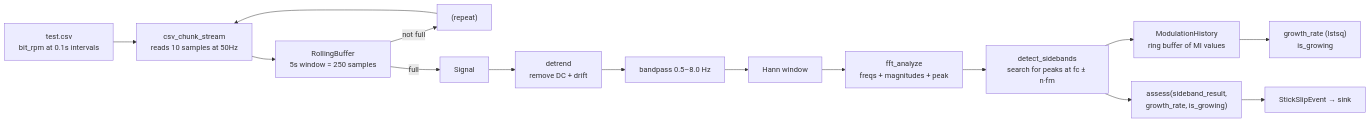
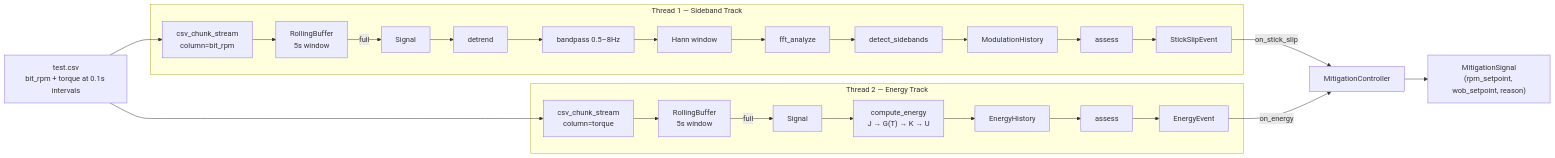
One commit to Adjanour/stick-slip changed the diagram in WALKTHROUGH.md. Above: the diagram before and after it, drawn with Mermaid. The commit also changed other lines of this file and 29 other files, not shown here.

````diff
--- a/WALKTHROUGH.md
+++ b/WALKTHROUGH.md
@@ -5,22 +5,28 @@
 ```mermaid
 flowchart LR
-  CSV["test.csv<br/>bit_rpm at 0.1s intervals"] --> STREAM["csv_chunk_stream<br/>reads 10 samples at 50Hz"]
+  CSV["test.csv<br/>bit_rpm + torque at 0.1s intervals"] --> RPM_STREAM["csv_chunk_stream<br/>column=bit_rpm"]
+  CSV --> TQ_STREAM["csv_chunk_stream<br/>column=torque"]
 
-  STREAM --> BUF["RollingBuffer<br/>5s window = 250 samples"]
-  BUF -->|"not full"| LOOP["(repeat)"]
-  BUF -->|"full"| SIG["Signal"]
+  subgraph THREAD1["Thread 1 — Sideband Track"]
+    RPM_STREAM --> RPM_BUF["RollingBuffer<br/>5s window"]
+    RPM_BUF -->|"full"| RPM_SIG["Signal"]
+    RPM_SIG --> DETREND["detrend"] --> BP["bandpass 0.5–8Hz"] --> WINDOW["Hann window"] --> FFT["fft_analyze"]
+    FFT --> SB["detect_sidebands"]
+    SB --> HIST["ModulationHistory"]
+    HIST --> ASSESS["assess"]
+    ASSESS --> SS_EVENT["StickSlipEvent"]
+  end
 
-  SIG --> DETREND["detrend<br/>remove DC + drift"]
-  DETREND --> BP["bandpass 0.5–8.0 Hz"]
-  BP --> WINDOW["Hann window"]
-  WINDOW --> FFT["fft_analyze<br/>freqs + magnitudes + peak"]
+  subgraph THREAD2["Thread 2 — Energy Track"]
+    TQ_STREAM --> TQ_BUF["RollingBuffer<br/>5s window"]
+    TQ_BUF -->|"full"| TQ_SIG["Signal"]
+    TQ_SIG --> ENERGY["compute_energy<br/>J → G(T) → K → U"]
+    ENERGY --> EHIST["EnergyHistory"]
+    EHIST --> EASSESS["assess"]
+    EASSESS --> E_EVENT["EnergyEvent"]
+  end
 
-  FFT --> SB["detect_sidebands<br/>search for peaks at fc ± n·fm"]
-  SB --> HIST["ModulationHistory<br/>ring buffer of MI values"]
-
-  HIST --> GROWTH["growth_rate (lstsq)<br/>is_growing"]
-  SB --> ASSESS["assess(sideband_result,<br/>growth_rate, is_growing)"]
-  ASSESS --> EVENT["StickSlipEvent → sink"]
-
-  LOOP --> STREAM
+  SS_EVENT -->|"on_stick_slip"| CTRL["MitigationController"]
+  E_EVENT -->|"on_energy"| CTRL
+  CTRL --> SIG["MitigationSignal<br/>(rpm_setpoint, wob_setpoint, reason)"]
 ```
````
